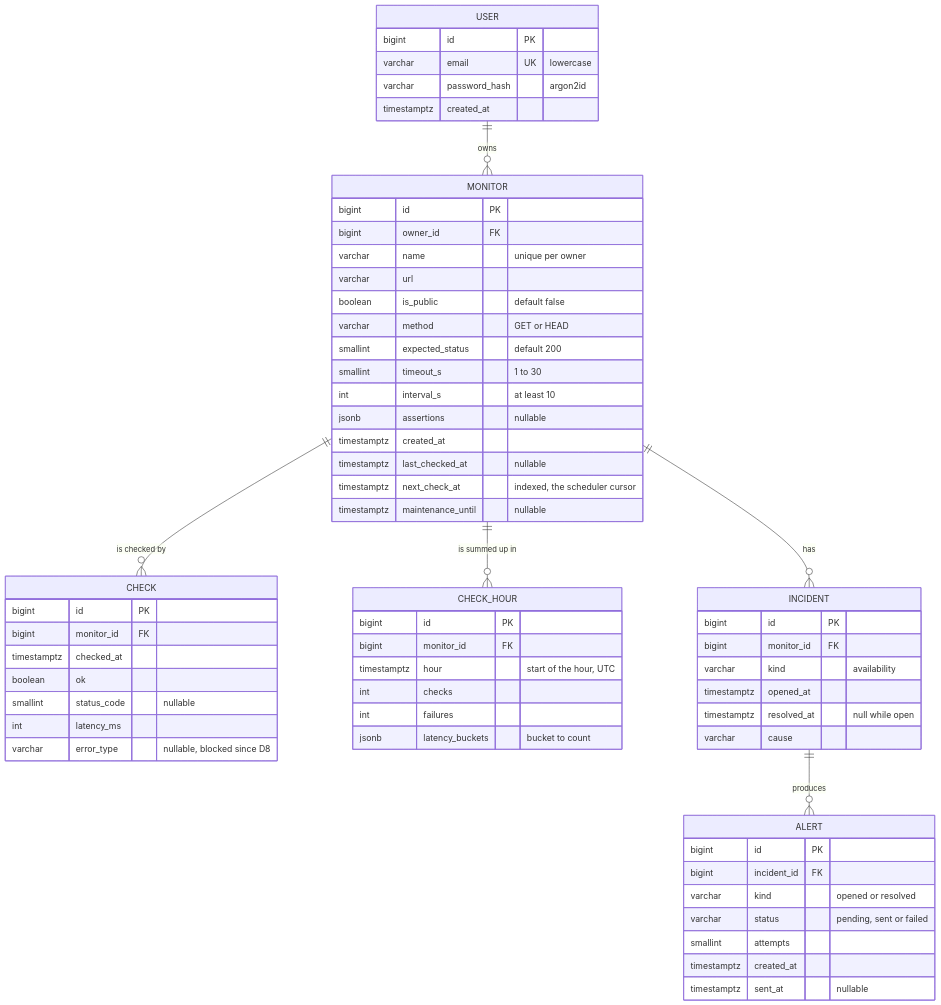
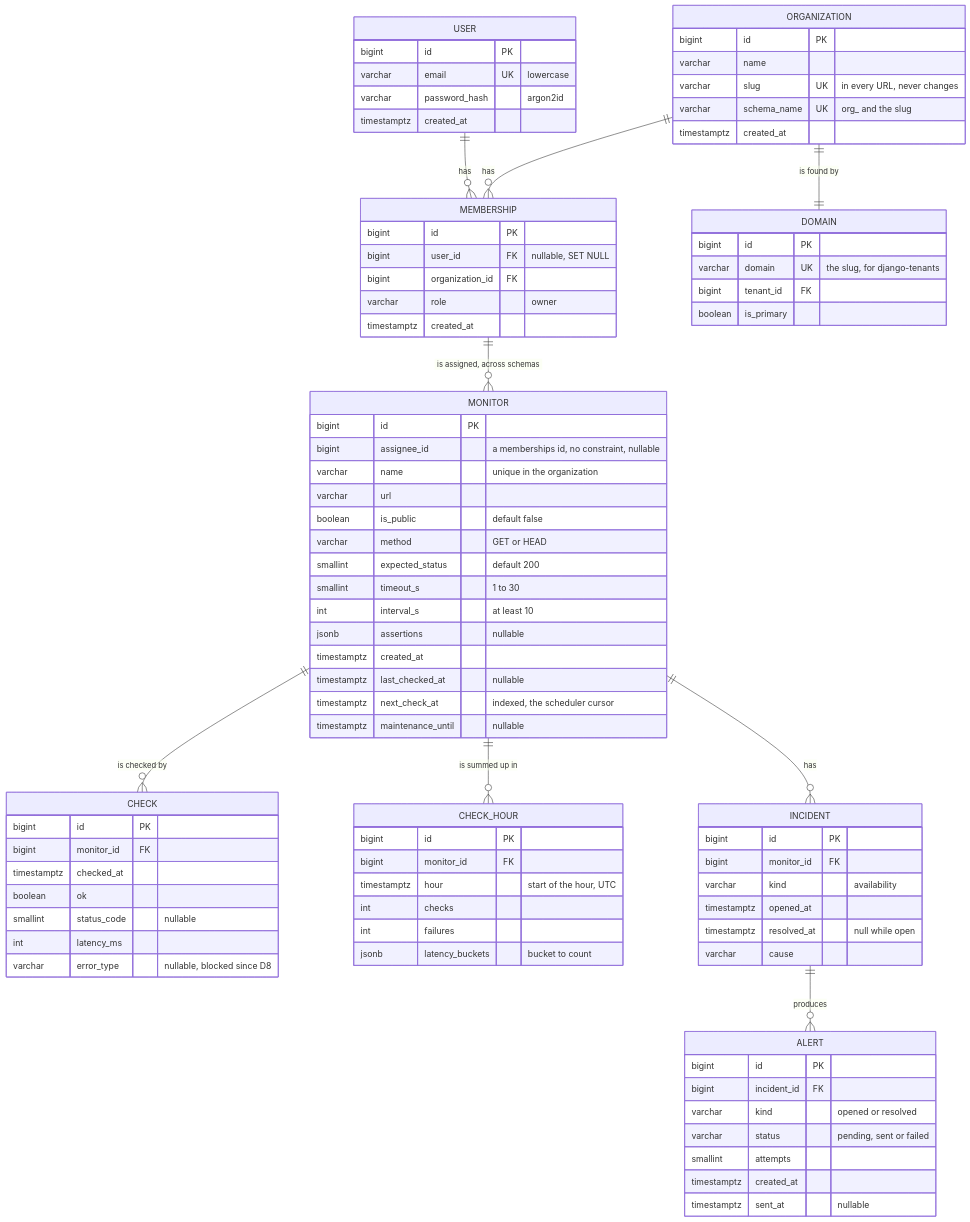
One commit to wbaghdadi20/pulse changed the sixth of 13 diagrams in ARCHITECTURE.md. Above: the diagram before and after it, drawn with Mermaid. The commit also changed other lines of this file, not shown here.

Commit message:
docs: the architecture with organizations, their schemas and the assignee

````diff
--- a/ARCHITECTURE.md
+++ b/ARCHITECTURE.md
@@ -321,6 +344,9 @@
 ```mermaid
 erDiagram
-    USER ||--o{ MONITOR : "owns"
+    USER ||--o{ MEMBERSHIP : "has"
+    ORGANIZATION ||--o{ MEMBERSHIP : "has"
+    ORGANIZATION ||--|| DOMAIN : "is found by"
+    MEMBERSHIP ||--o{ MONITOR : "is assigned, across schemas"
     MONITOR ||--o{ CHECK : "is checked by"
     MONITOR ||--o{ CHECK_HOUR : "is summed up in"
     MONITOR ||--o{ INCIDENT : "has"
@@ -332,10 +358,30 @@
         varchar password_hash "argon2id"
         timestamptz created_at
     }
+    ORGANIZATION {
+        bigint id PK
+        varchar name
+        varchar slug UK "in every URL, never changes"
+        varchar schema_name UK "org_ and the slug"
+        timestamptz created_at
+    }
+    DOMAIN {
+        bigint id PK
+        varchar domain UK "the slug, for django-tenants"
+        bigint tenant_id FK
+        boolean is_primary
+    }
+    MEMBERSHIP {
+        bigint id PK
+        bigint user_id FK "nullable, SET NULL"
+        bigint organization_id FK
+        varchar role "owner"
+        timestamptz created_at
+    }
     MONITOR {
         bigint id PK
-        bigint owner_id FK
-        varchar name "unique per owner"
+        bigint assignee_id "a memberships id, no constraint, nullable"
+        varchar name "unique in the organization"
         varchar url
         boolean is_public "default false"
         varchar method "GET or HEAD"
````
